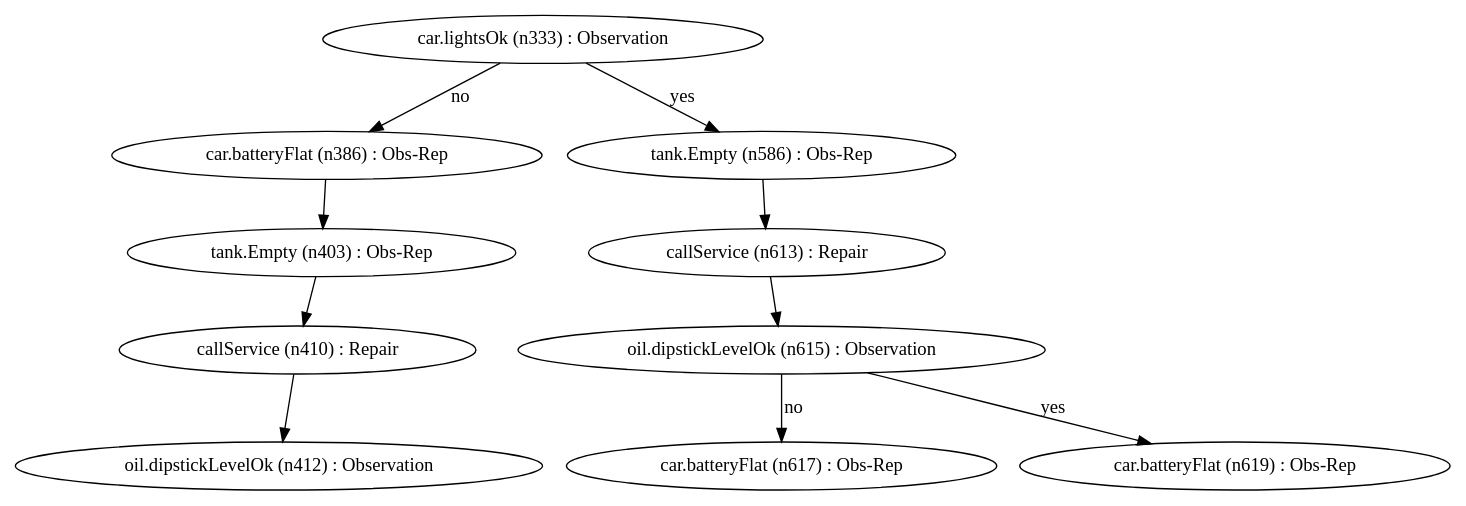
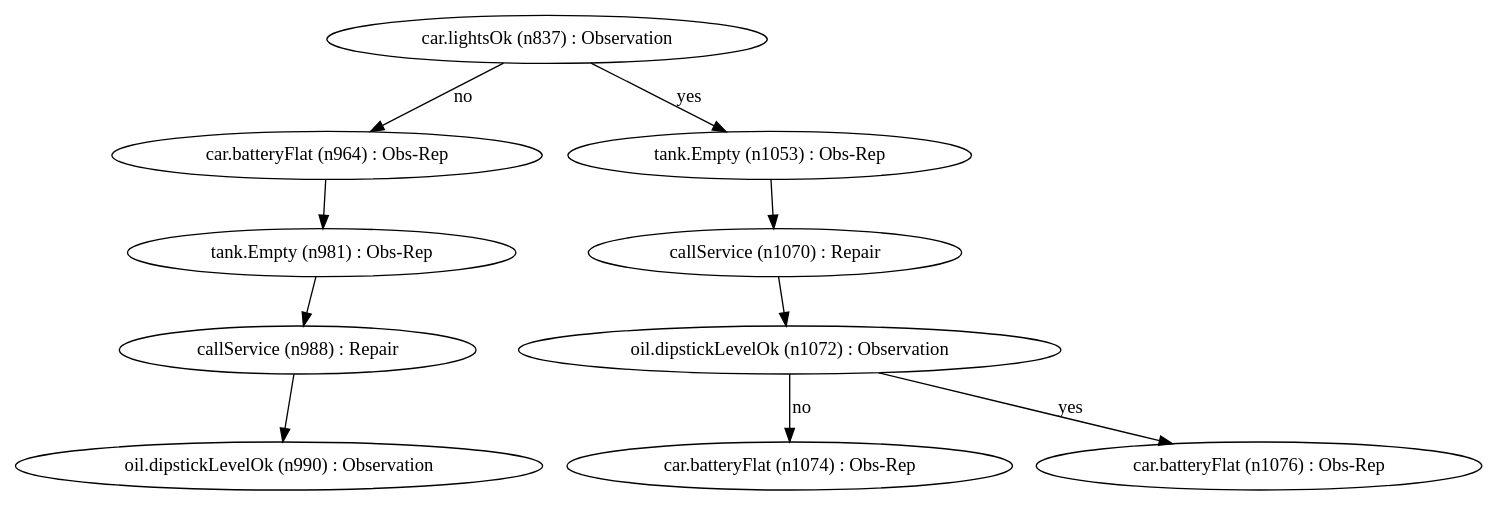
Before and after one commit to arianacarnielli/P-androide: the diagram in code/last_best_strategy_tree.gv, drawn with Graphviz. The commit also changed 2 other files, not shown here.

```diff
--- a/code/last_best_strategy_tree.gv
+++ b/code/last_best_strategy_tree.gv
@@ -1,21 +1,21 @@
 digraph {
-	333 [label="car.lightsOk (n333) : Observation"]
-	386 [label="car.batteryFlat (n386) : Obs-Rep"]
-	403 [label="tank.Empty (n403) : Obs-Rep"]
-	410 [label="callService (n410) : Repair"]
-	412 [label="oil.dipstickLevelOk (n412) : Observation"]
-	586 [label="tank.Empty (n586) : Obs-Rep"]
-	613 [label="callService (n613) : Repair"]
-	615 [label="oil.dipstickLevelOk (n615) : Observation"]
-	617 [label="car.batteryFlat (n617) : Obs-Rep"]
-	619 [label="car.batteryFlat (n619) : Obs-Rep"]
-	333 -> 586 [label=yes]
-	333 -> 386 [label=no]
-	386 -> 403 [label=""]
-	403 -> 410 [label=""]
-	410 -> 412 [label=""]
-	586 -> 613 [label=""]
-	613 -> 615 [label=""]
-	615 -> 619 [label=yes]
-	615 -> 617 [label=no]
+	837 [label="car.lightsOk (n837) : Observation"]
+	964 [label="car.batteryFlat (n964) : Obs-Rep"]
+	981 [label="tank.Empty (n981) : Obs-Rep"]
+	988 [label="callService (n988) : Repair"]
+	990 [label="oil.dipstickLevelOk (n990) : Observation"]
+	1053 [label="tank.Empty (n1053) : Obs-Rep"]
+	1070 [label="callService (n1070) : Repair"]
+	1072 [label="oil.dipstickLevelOk (n1072) : Observation"]
+	1074 [label="car.batteryFlat (n1074) : Obs-Rep"]
+	1076 [label="car.batteryFlat (n1076) : Obs-Rep"]
+	837 -> 1053 [label=yes]
+	837 -> 964 [label=no]
+	964 -> 981 [label=""]
+	981 -> 988 [label=""]
+	988 -> 990 [label=""]
+	1053 -> 1070 [label=""]
+	1070 -> 1072 [label=""]
+	1072 -> 1076 [label=yes]
+	1072 -> 1074 [label=no]
 }
```
